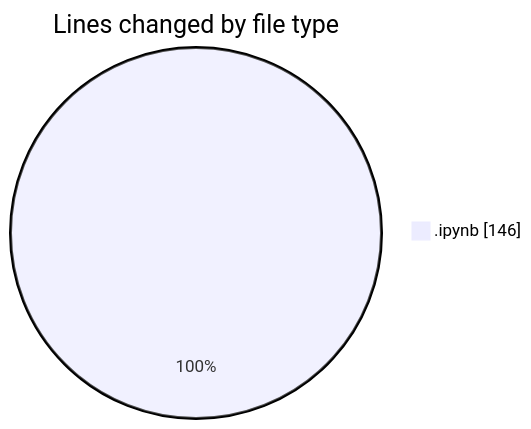
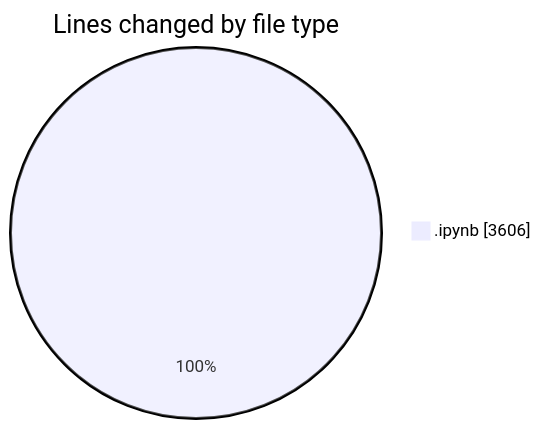
Before and after one commit to MatusMokan/code-tracking: the first of 2 diagrams in 2025-05-07/myws__workspace_/README.md, drawn with Mermaid. The commit also changed other lines of this file and 1 other file, not shown here.

````diff
--- a/2025-05-07/myws__workspace_/README.md
+++ b/2025-05-07/myws__workspace_/README.md
@@ -20,5 +20,5 @@
 ```mermaid
 pie showData
 title Lines changed by file type
-".ipynb" : 146
+".ipynb" : 3606
 ```
````
